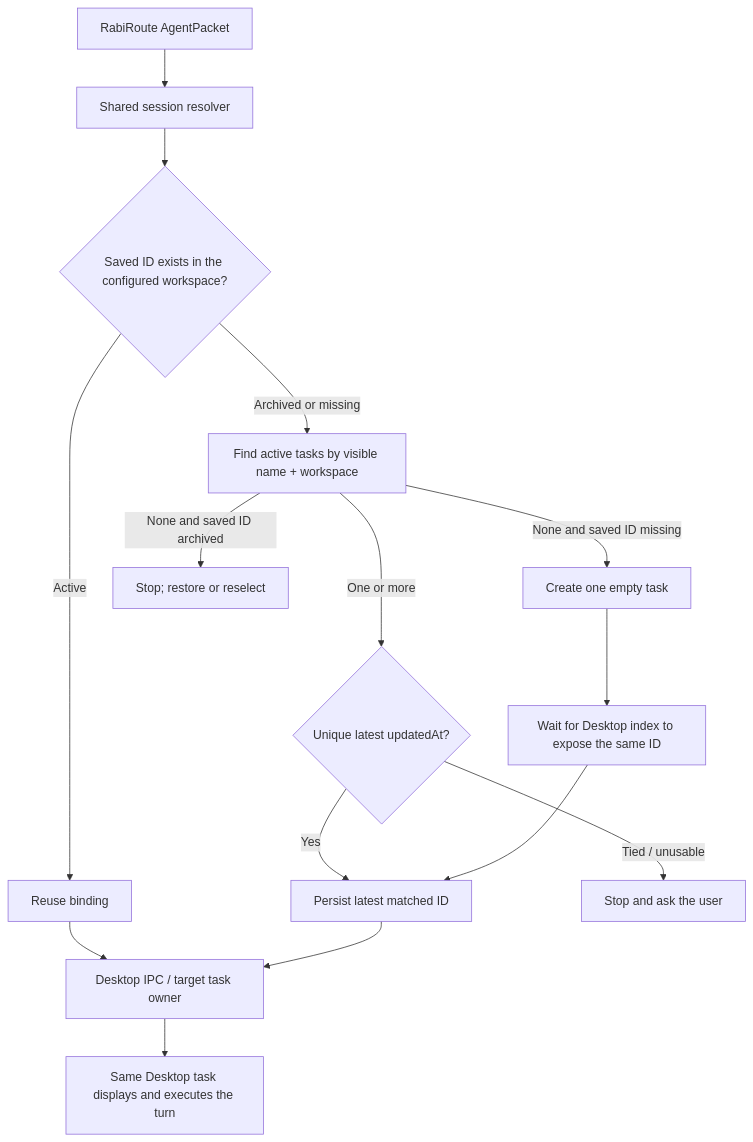
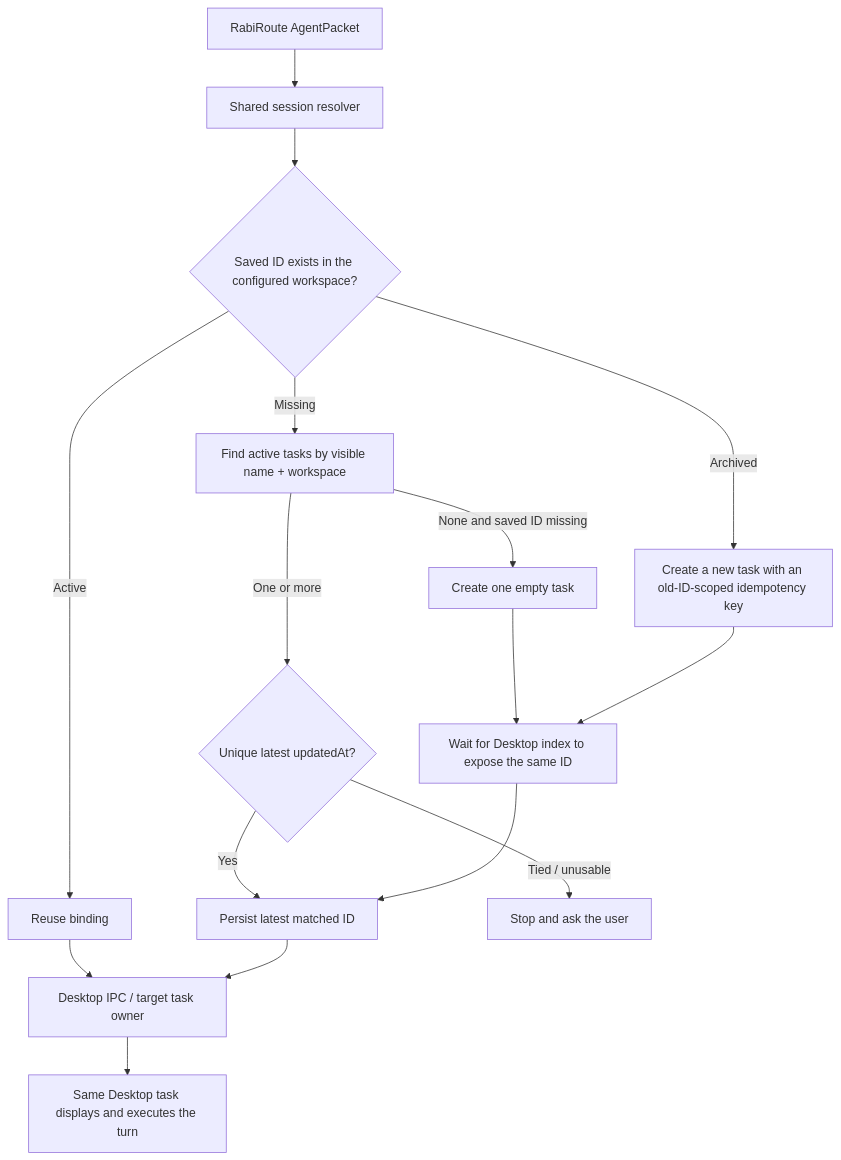
One commit to vb2250158/RabiRoute changed the diagram in docs/codex-desktop-agent-acceptance_en.md. Above: the diagram before and after it, drawn with Mermaid. The commit also changed other lines of this file and 229 other files, not shown here.

````diff
--- a/docs/codex-desktop-agent-acceptance_en.md
+++ b/docs/codex-desktop-agent-acceptance_en.md
@@ -41,17 +41,18 @@
 ```mermaid
 flowchart TD
     P["RabiRoute AgentPacket"] --> R["Shared session resolver"]
     R --> I{"Saved ID exists in the configured workspace?"}
     I -->|"Active"| B["Reuse binding"]
-    I -->|"Archived or missing"| N["Find active tasks by visible name + workspace"]
+    I -->|"Archived"| C2["Create a new task with an old-ID-scoped idempotency key"]
+    I -->|"Missing"| N["Find active tasks by visible name + workspace"]
     N -->|"One or more"| L{"Unique latest updatedAt?"}
     L -->|"Yes"| S["Persist latest matched ID"]
     L -->|"Tied / unusable"| A["Stop and ask the user"]
     N -->|"None and saved ID missing"| C["Create one empty task"]
-    N -->|"None and saved ID archived"| E["Stop; restore or reselect"]
     C --> W["Wait for Desktop index to expose the same ID"]
+    C2 --> W
     W --> S
     B --> D["Desktop IPC / target task owner"]
     S --> D
     D --> V["Same Desktop task displays and executes the turn"]
 ```
````
